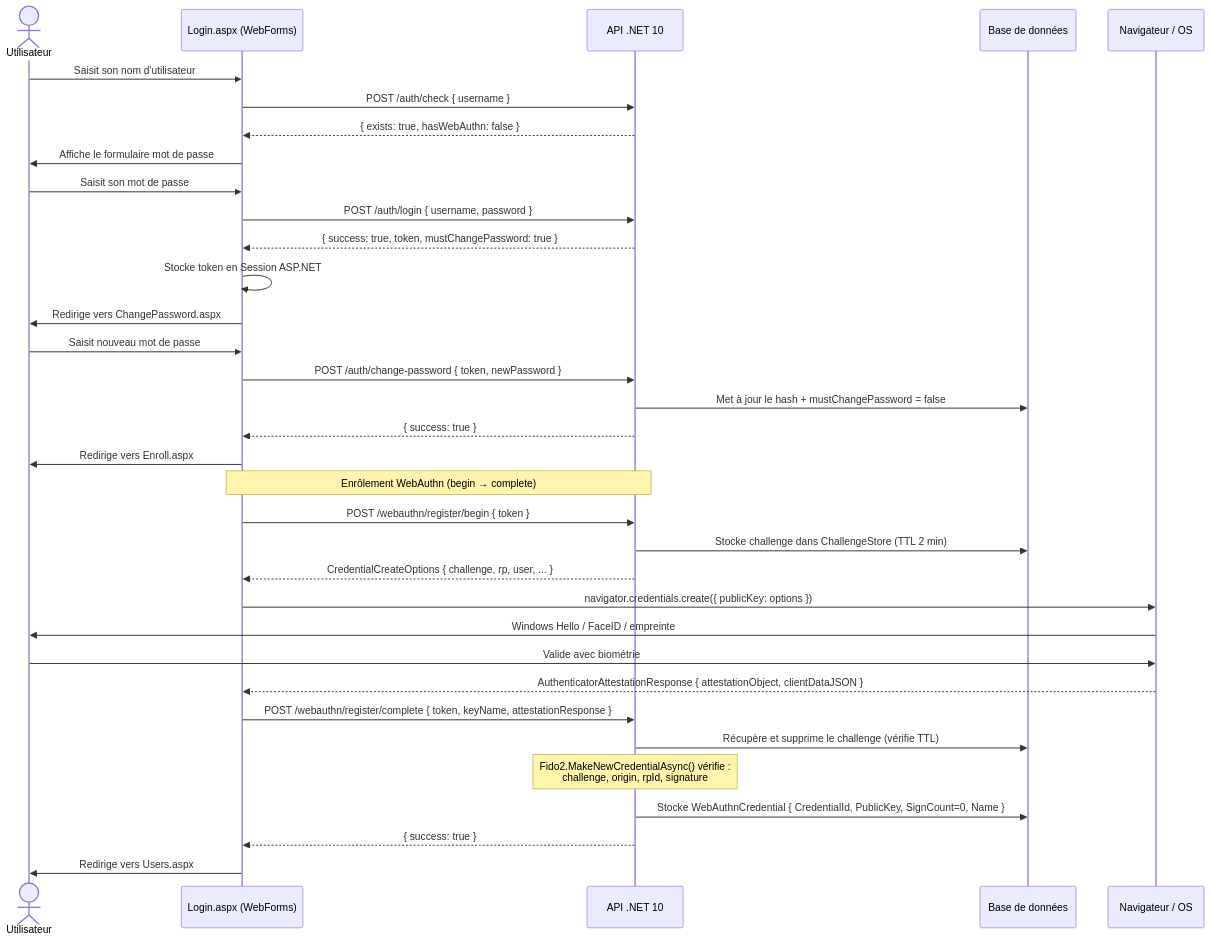
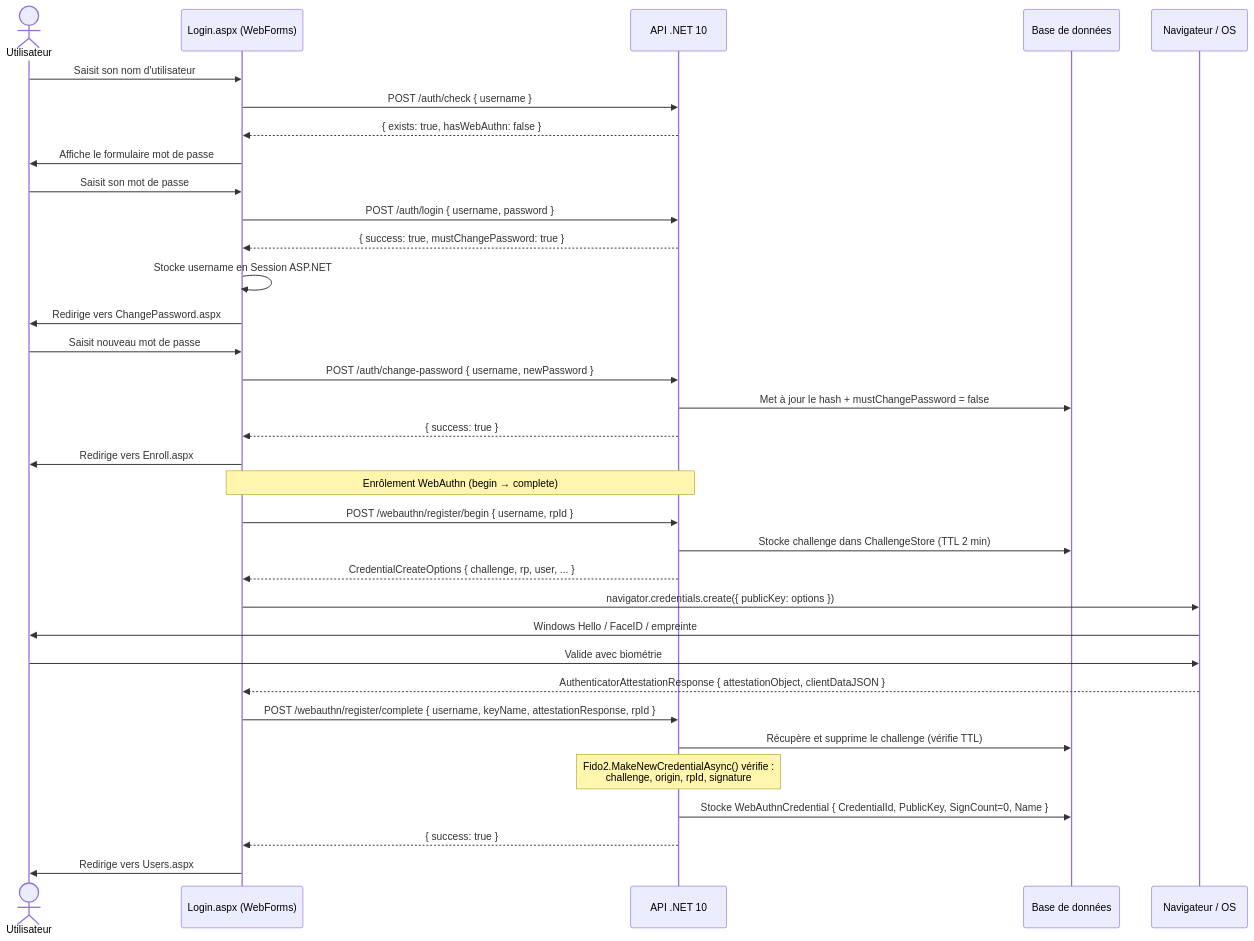
Before and after one commit to FantasticJoho/authentest: the second of 6 diagrams in Documentation/documentation.md, drawn with Mermaid. The commit also changed other lines of this file and 11 other files, not shown here.

Commit message:
refactor: remove SessionStore dependency and update authentication flow to use username instead of session tokens

````diff
--- a/Documentation/documentation.md
+++ b/Documentation/documentation.md
@@ -44,43 +44,43 @@
 ```mermaid
 sequenceDiagram
     actor U as Utilisateur
     participant W as Login.aspx (WebForms)
     participant A as API .NET 10
     participant DB as Base de données
     participant OS as Navigateur / OS
 
     U->>W: Saisit son nom d'utilisateur
     W->>A: POST /auth/check { username }
     A-->>W: { exists: true, hasWebAuthn: false }
     W->>U: Affiche le formulaire mot de passe
 
     U->>W: Saisit son mot de passe
     W->>A: POST /auth/login { username, password }
-    A-->>W: { success: true, token, mustChangePassword: true }
-    W->>W: Stocke token en Session ASP.NET
+    A-->>W: { success: true, mustChangePassword: true }
+    W->>W: Stocke username en Session ASP.NET
     W->>U: Redirige vers ChangePassword.aspx
 
     U->>W: Saisit nouveau mot de passe
-    W->>A: POST /auth/change-password { token, newPassword }
+    W->>A: POST /auth/change-password { username, newPassword }
     A->>DB: Met à jour le hash + mustChangePassword = false
     A-->>W: { success: true }
     W->>U: Redirige vers Enroll.aspx
 
     Note over W,A: Enrôlement WebAuthn (begin → complete)
 
-    W->>A: POST /webauthn/register/begin { token }
+    W->>A: POST /webauthn/register/begin { username, rpId }
     A->>DB: Stocke challenge dans ChallengeStore (TTL 2 min)
     A-->>W: CredentialCreateOptions { challenge, rp, user, ... }
 
     W->>OS: navigator.credentials.create({ publicKey: options })
     OS->>U: Windows Hello / FaceID / empreinte
     U->>OS: Valide avec biométrie
     OS-->>W: AuthenticatorAttestationResponse { attestationObject, clientDataJSON }
 
-    W->>A: POST /webauthn/register/complete { token, keyName, attestationResponse }
+    W->>A: POST /webauthn/register/complete { username, keyName, attestationResponse, rpId }
     A->>DB: Récupère et supprime le challenge (vérifie TTL)
     Note over A: Fido2.MakeNewCredentialAsync() vérifie :<br/>challenge, origin, rpId, signature
     A->>DB: Stocke WebAuthnCredential { CredentialId, PublicKey, SignCount=0, Name }
     A-->>W: { success: true }
     W->>U: Redirige vers Users.aspx
 ```
````
